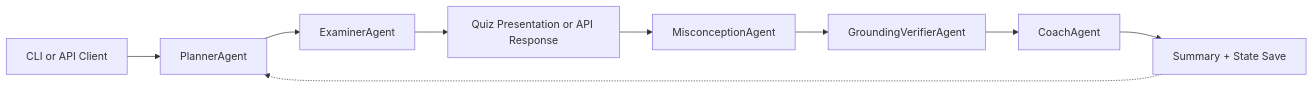
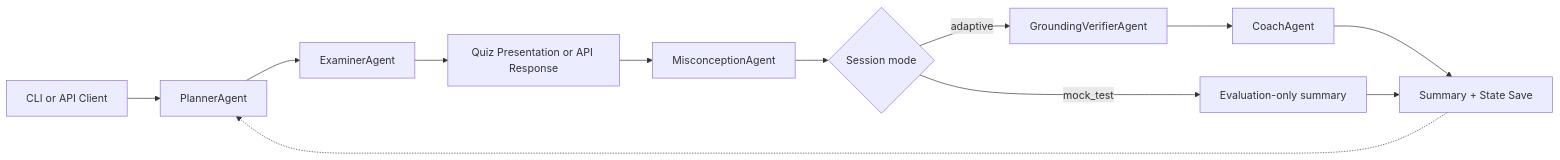
The diagram in docs/architecture.md (alanmaizon/reasoning-agents), drawn with Mermaid before and after one commit. The commit also changed other lines of this file and 7 other files, not shown here.

Commit message:
Add mock evaluation-only submit flow and refresh docs/UI behavior

````diff
--- a/docs/architecture.md
+++ b/docs/architecture.md
@@ -17,11 +18,14 @@
 ```mermaid
 flowchart LR
     A[CLI or API Client] --> B[PlannerAgent]
     B --> C[ExaminerAgent]
     C --> D[Quiz Presentation or API Response]
     D --> E[MisconceptionAgent]
-    E --> F[GroundingVerifierAgent]
-    F --> G[CoachAgent]
-    G --> H[Summary + State Save]
-    H -.-> B
+    E --> F{Session mode}
+    F -->|adaptive| G[GroundingVerifierAgent]
+    G --> H[CoachAgent]
+    F -->|mock_test| I[Evaluation-only summary]
+    H --> J[Summary + State Save]
+    I --> J
+    J -.-> B
 ```
````
